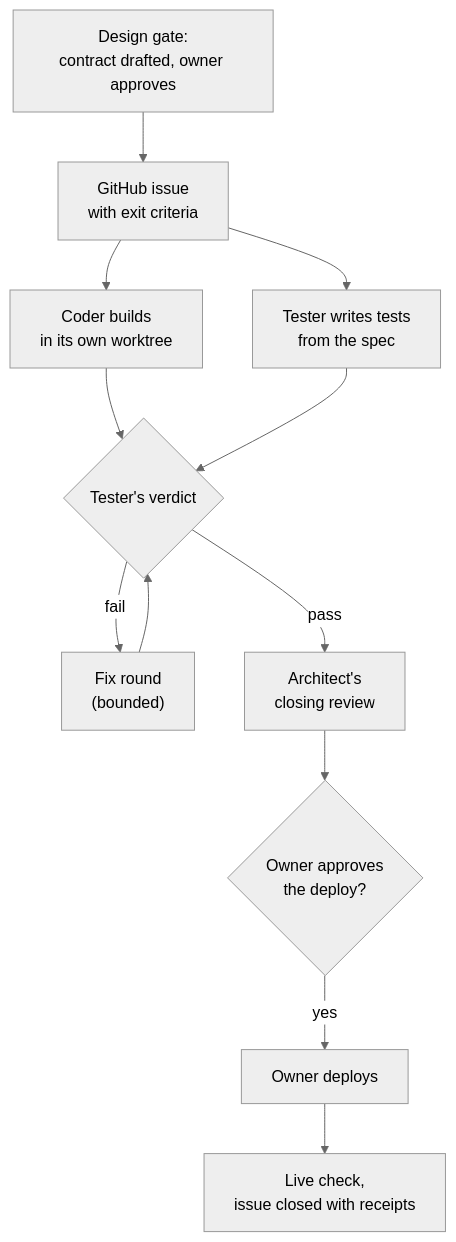
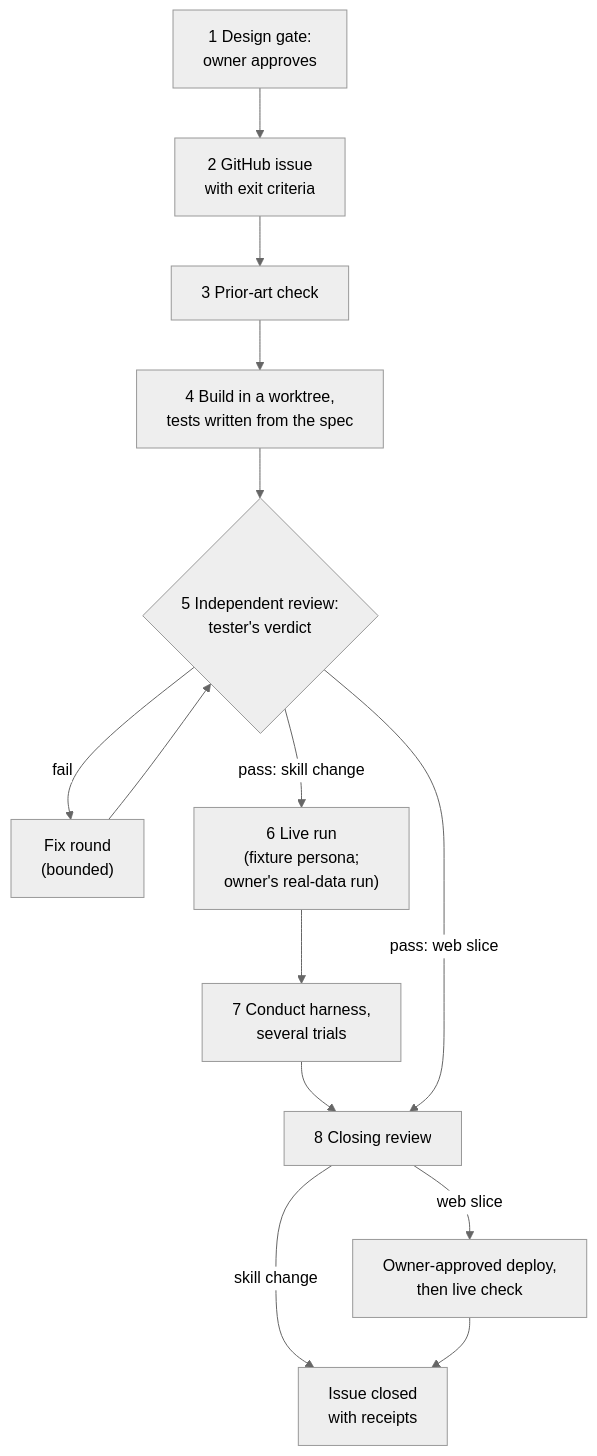
Before and after one commit to tydev-new/10xjobs-careercoach: the second of 3 diagrams in docs/TEAM.md, drawn with Mermaid (neutral theme). The commit also changed other lines of this file, not shown here.

First line of the commit message:
docs(TEAM): fix round 1 — loop matches PROCESS, who commits, run.py's reach

````diff
--- a/docs/TEAM.md
+++ b/docs/TEAM.md
@@ -45,14 +49,16 @@
 ```mermaid
 flowchart TD
-  G["Design gate:<br/>contract drafted, owner approves"] --> I["GitHub issue<br/>with exit criteria"]
-  I --> B["Coder builds<br/>in its own worktree"]
-  I --> T["Tester writes tests<br/>from the spec"]
-  B --> V{"Tester's verdict"}
-  T --> V
+  G["1 Design gate:<br/>owner approves"] --> I["2 GitHub issue<br/>with exit criteria"]
+  I --> P["3 Prior-art check"]
+  P --> B["4 Build in a worktree,<br/>tests written from the spec"]
+  B --> V{"5 Independent review:<br/>tester's verdict"}
   V -->|fail| F["Fix round<br/>(bounded)"]
   F --> V
-  V -->|pass| R["Architect's<br/>closing review"]
-  R --> O{"Owner approves<br/>the deploy?"}
-  O -->|yes| D["Owner deploys"]
-  D --> L["Live check,<br/>issue closed with receipts"]
+  V -->|"pass: skill change"| L["6 Live run<br/>(fixture persona;<br/>owner's real-data run)"]
+  L --> H["7 Conduct harness,<br/>several trials"]
+  H --> C["8 Closing review"]
+  V -->|"pass: web slice"| C
+  C -->|skill change| Done["Issue closed<br/>with receipts"]
+  C -->|web slice| D["Owner-approved deploy,<br/>then live check"]
+  D --> Done
 ```
````
